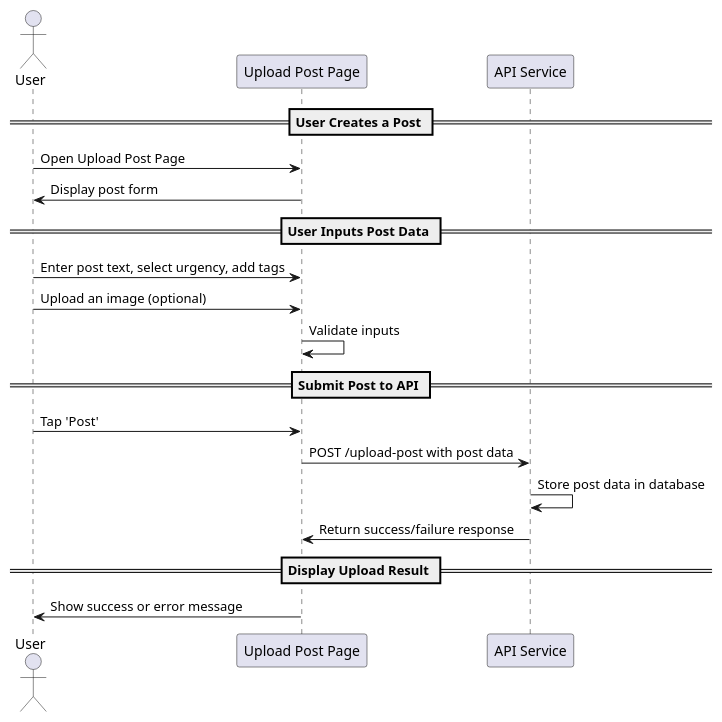
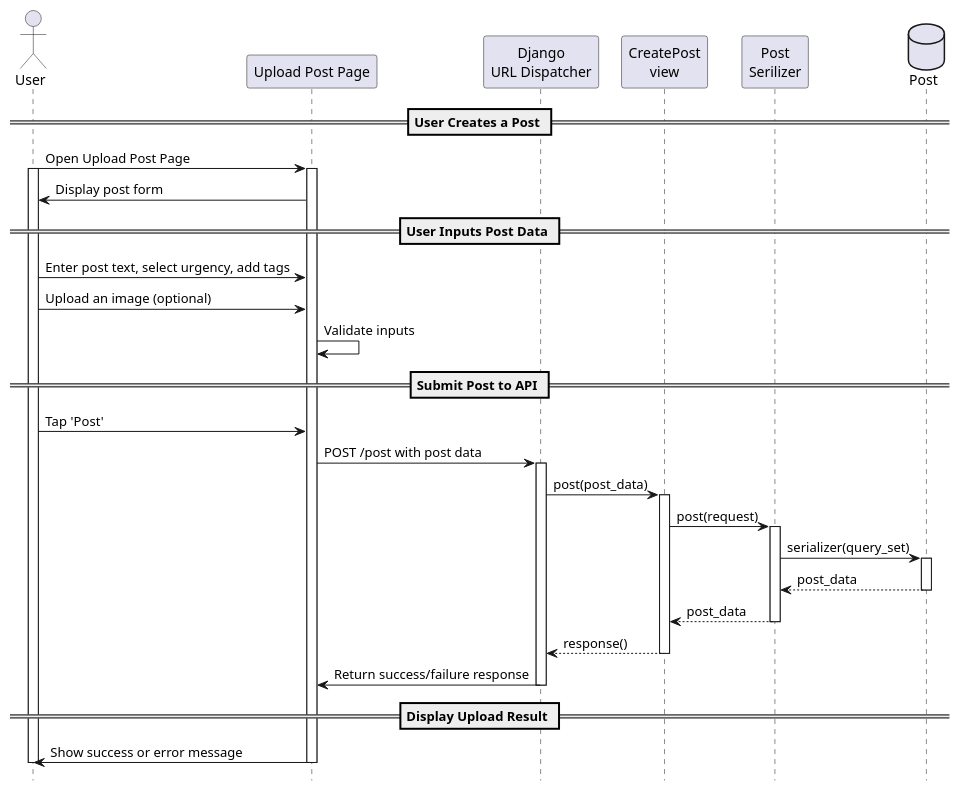
The diagram in feed/upload_post.puml (KMITL-BusBuddy/diagram), drawn with PlantUML before and after one commit.

Commit message:
update upload_post

```diff
--- a/feed/upload_post.puml
+++ b/feed/upload_post.puml
@@ -1,24 +1,50 @@
-@startuml
+@startuml upload_post
+
+hide footbox
 
 actor User
 participant "Upload Post Page" as UI
-participant "API Service" as API
+participant "Django\nURL Dispatcher" as API
+participant "CreatePost\nview" as view_post
+participant "Post\nSerilizer" as serializer
+database "Post" as table_post
 
 == User Creates a Post ==
 User -> UI: Open Upload Post Page
+activate User
+activate UI
 UI -> User: Display post form
 
 == User Inputs Post Data ==
 User -> UI: Enter post text, select urgency, add tags
 User -> UI: Upload an image (optional)
 UI -> UI: Validate inputs
 
 == Submit Post to API ==
 User -> UI: Tap 'Post'
-UI -> API: POST /upload-post with post data
-API -> API: Store post data in database
+UI -> API: POST /post with post data
+activate API
+
+' API Call
+API -> view_post: post(post_data)
+activate view_post
+view_post -> serializer: post(request)
+activate serializer
+serializer -> table_post: serializer(query_set)
+activate table_post
+
+table_post --> serializer: post_data
+deactivate table_post
+serializer --> view_post: post_data
+deactivate serializer
+view_post --> API: response()
+deactivate view_post
 API -> UI: Return success/failure response
+deactivate API
 
 == Display Upload Result ==
 UI -> User: Show success or error message
+deactivate UI
+deactivate User
+
 @enduml
```
